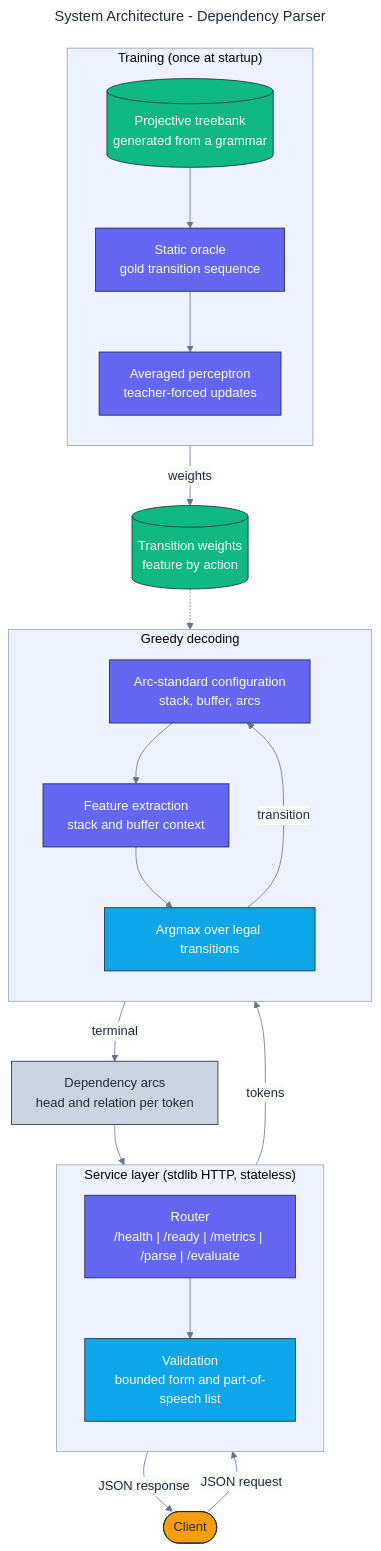
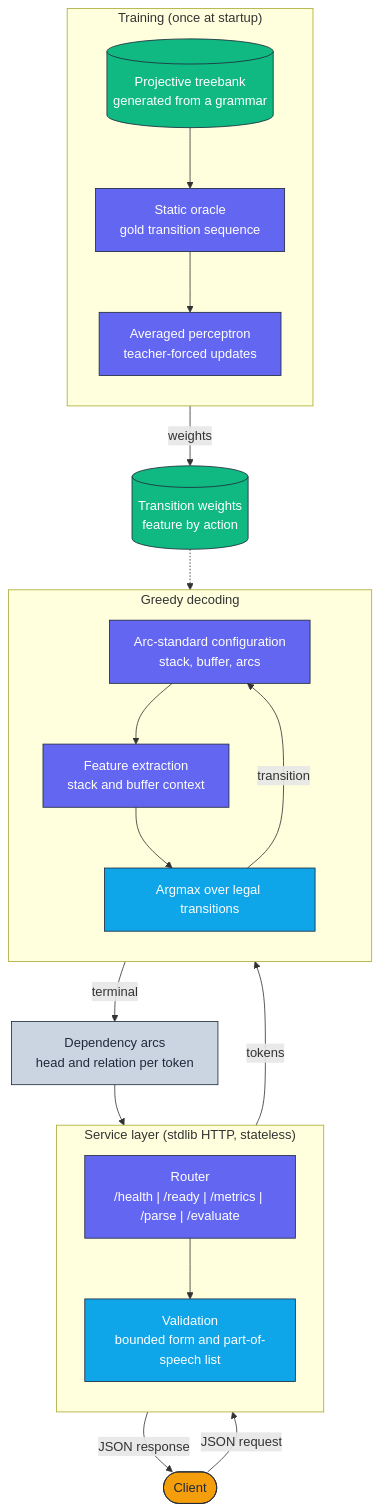
The diagram in docs/architecture/architecture.mmd (adeoluo/dependency-parser), drawn with Mermaid before and after one commit. The commit also changed 10 other files, not shown here.

```diff
--- a/docs/architecture/architecture.mmd
+++ b/docs/architecture/architecture.mmd
@@ -1,53 +1,40 @@
----
-title: System Architecture - Dependency Parser
-config:
-  theme: base
-  themeVariables:
-    fontFamily: "Inter, system-ui, sans-serif"
-    primaryColor: "#F8FAFC"
-    primaryBorderColor: "#1E293B"
-    primaryTextColor: "#1E293B"
-    lineColor: "#64748B"
-    clusterBkg: "#EEF2FF"
-    clusterBorder: "#94A3B8"
----
-flowchart TB
+flowchart TD
     classDef edge     fill:#F59E0B,stroke:#1E293B,color:#1E293B,stroke-width:1px;
     classDef core     fill:#6366F1,stroke:#1E293B,color:#ffffff,stroke-width:1px;
     classDef data     fill:#10B981,stroke:#1E293B,color:#ffffff,stroke-width:1px;
     classDef control  fill:#0EA5E9,stroke:#1E293B,color:#ffffff,stroke-width:1px;
     classDef obs      fill:#CBD5E1,stroke:#1E293B,color:#1E293B,stroke-width:1px;
 
     Client([Client]):::edge
 
     subgraph Train["Training (once at startup)"]
         direction TB
         Data[(Projective treebank<br/>generated from a grammar)]:::data
         Oracle["Static oracle<br/>gold transition sequence"]:::core
         Perceptron["Averaged perceptron<br/>teacher-forced updates"]:::core
     end
 
     Weights[(Transition weights<br/>feature by action)]:::data
 
     subgraph Edge["Service layer (stdlib HTTP, stateless)"]
         direction TB
         Router["Router<br/>/health | /ready | /metrics | /parse | /evaluate"]:::core
         Validate["Validation<br/>bounded form and part-of-speech list"]:::control
     end
 
     subgraph Decode["Greedy decoding"]
         direction TB
         Config["Arc-standard configuration<br/>stack, buffer, arcs"]:::core
         Features["Feature extraction<br/>stack and buffer context"]:::core
         Argmax["Argmax over legal transitions"]:::control
     end
 
     Result["Dependency arcs<br/>head and relation per token"]:::obs
 
     Data --> Oracle --> Perceptron -->|weights| Weights
     Client -->|JSON request| Router --> Validate
     Validate -->|tokens| Config
     Config --> Features --> Argmax -->|transition| Config
     Weights -.-> Argmax
     Config -->|terminal| Result
     Result --> Router -->|JSON response| Client
```
